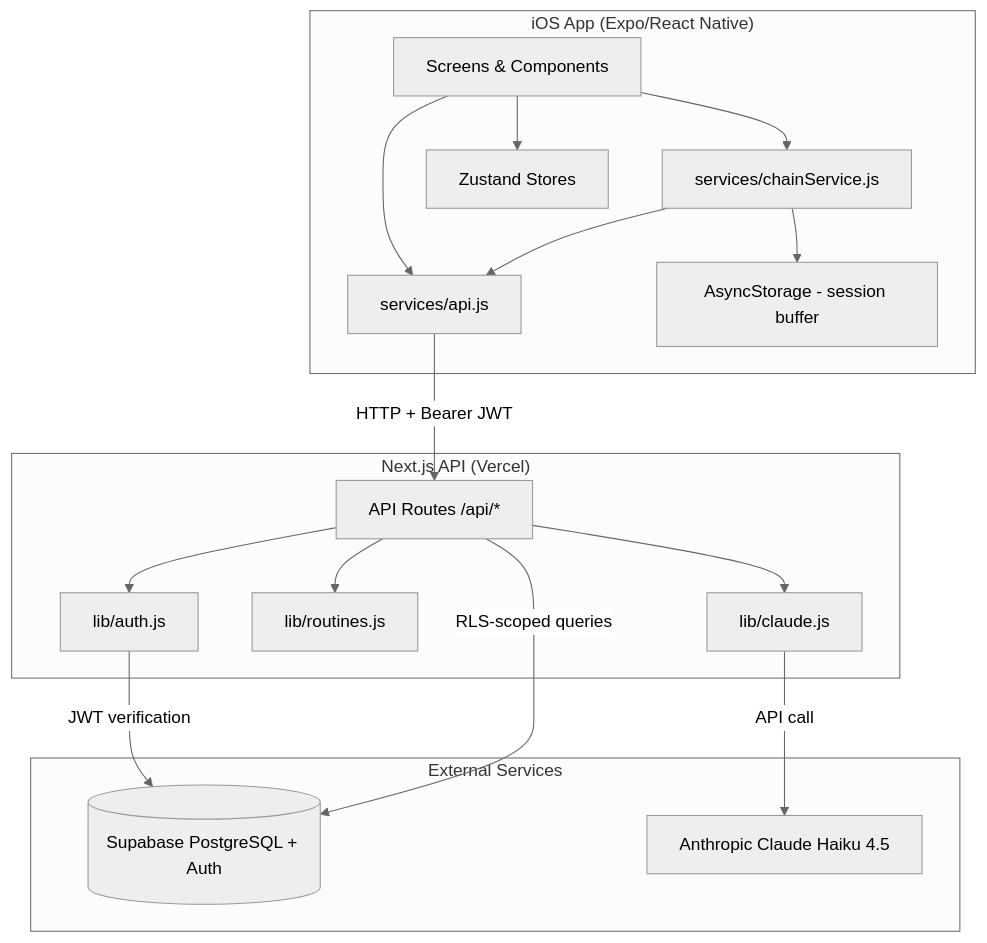
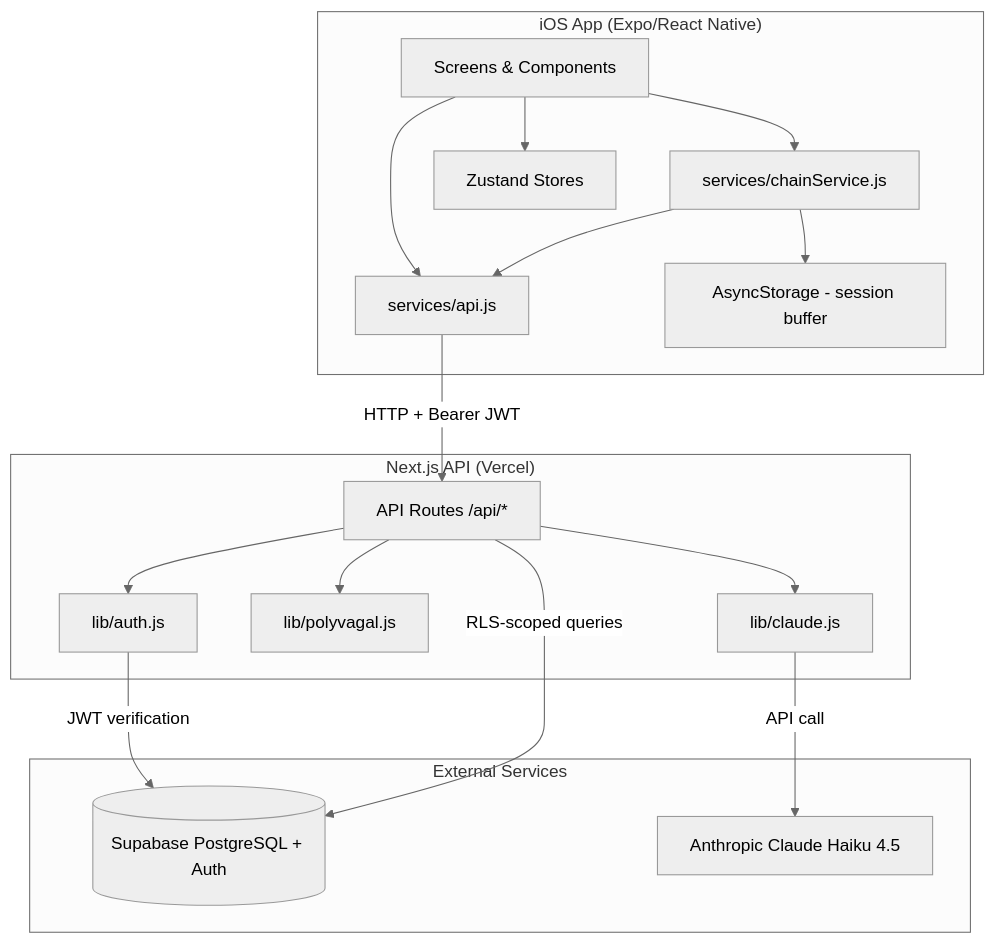
One commit to aylanismello/SoMi changed the diagram in docs/03_architecture.md. Above: the diagram before and after it, drawn with Mermaid (neutral theme). The commit also changed other lines of this file and 18 other files, not shown here.

Commit message:
huge flow engine refator 1

````diff
--- a/docs/03_architecture.md
+++ b/docs/03_architecture.md
@@ -5,35 +5,35 @@
 ```mermaid
 graph TD
     subgraph Mobile["iOS App (Expo/React Native)"]
         UI[Screens & Components]
         API_SVC[services/api.js]
         CHAIN_SVC[services/chainService.js]
         STORES[Zustand Stores]
         ASYNC[AsyncStorage - session buffer]
     end
 
     subgraph Server["Next.js API (Vercel)"]
         ROUTES[API Routes /api/*]
         AUTH_LIB[lib/auth.js]
-        ROUTINES_LIB[lib/routines.js]
+        POLYVAGAL_LIB[lib/polyvagal.js]
         CLAUDE_LIB[lib/claude.js]
     end
 
     subgraph External["External Services"]
         SUPABASE[(Supabase PostgreSQL + Auth)]
         ANTHROPIC[Anthropic Claude Haiku 4.5]
     end
 
     UI --> API_SVC
     UI --> CHAIN_SVC
     UI --> STORES
     CHAIN_SVC --> ASYNC
     CHAIN_SVC --> API_SVC
     API_SVC -->|HTTP + Bearer JWT| ROUTES
     ROUTES --> AUTH_LIB
     AUTH_LIB -->|JWT verification| SUPABASE
     ROUTES -->|RLS-scoped queries| SUPABASE
-    ROUTES --> ROUTINES_LIB
+    ROUTES --> POLYVAGAL_LIB
     ROUTES --> CLAUDE_LIB
     CLAUDE_LIB -->|API call| ANTHROPIC
 ```
````
